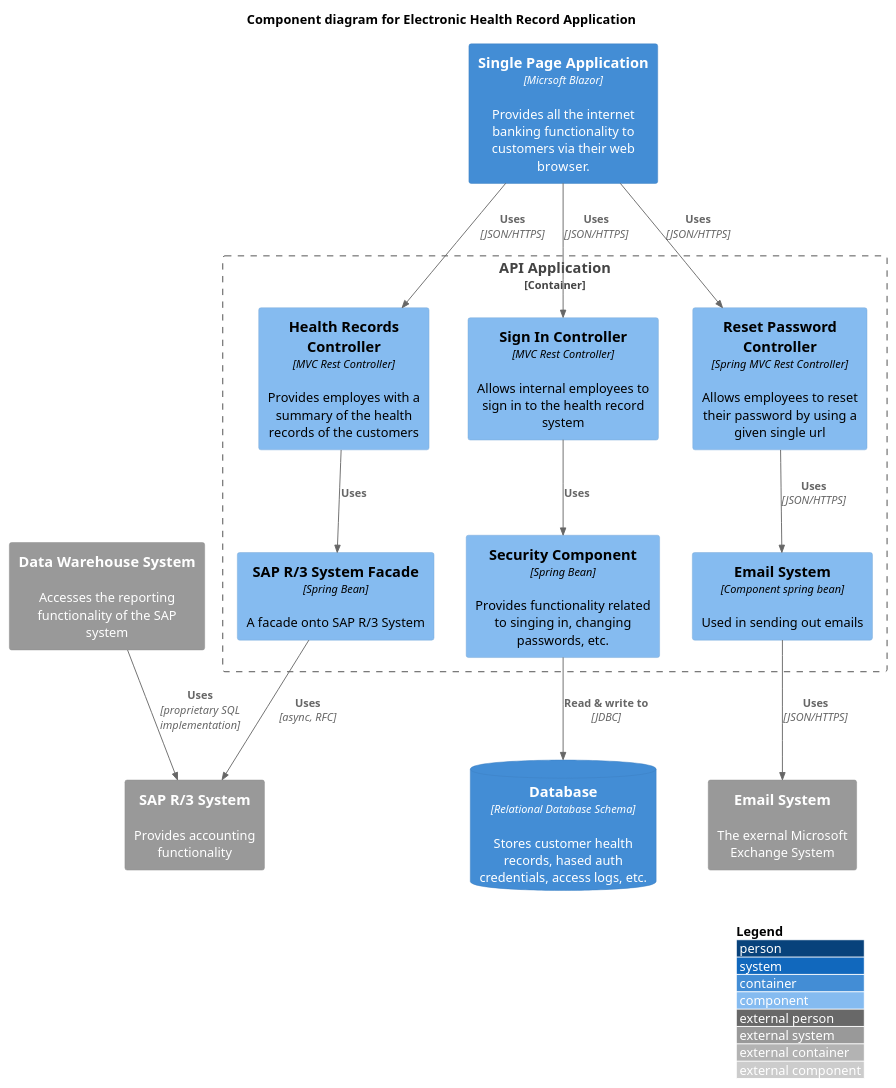
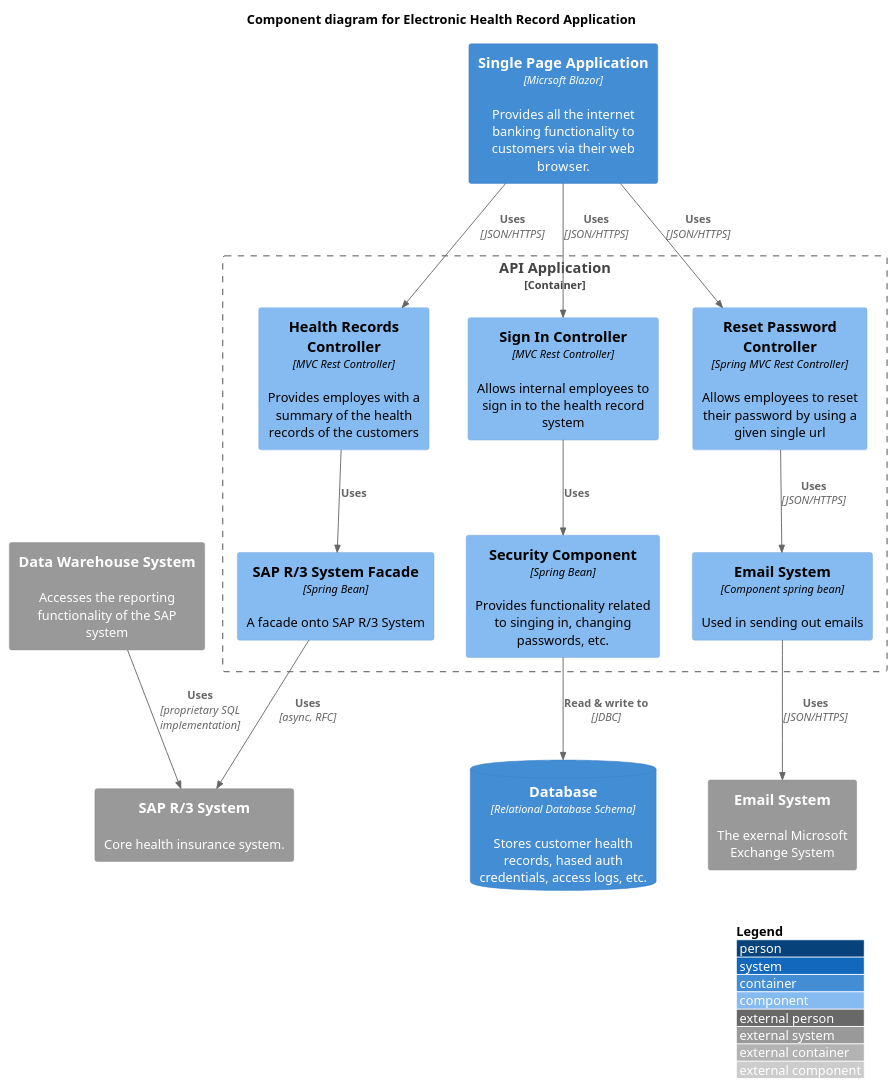
Before and after one commit to patricpoba/msem-sw.arch-c4-model-assignment: the diagram in level-3_component.puml, drawn with PlantUML. The commit also changed 3 other files, not shown here.

Commit message:
change desc of sap r/3 system

```diff
--- a/level-3_component.puml
+++ b/level-3_component.puml
@@ -1,43 +1,43 @@
 @startuml
 !include https://raw.githubusercontent.com/plantuml-stdlib/C4-PlantUML/master/C4_Component.puml
 ' uncomment the following line and comment the first to use locally
 ' !include C4_Component.puml
 
 LAYOUT_WITH_LEGEND()
 
 title Component diagram for Electronic Health Record Application
 
 Container(spa, "Single Page Application", "Micrsoft Blazor", "Provides all the internet banking functionality to customers via their web browser.")
 ContainerDb(db, "Database", "Relational Database Schema", "Stores customer health records, hased auth credentials, access logs, etc.")
-System_Ext(sap, "SAP R/3 System", "Provides accounting functionality")
+System_Ext(sap, "SAP R/3 System", "Core health insurance system.")
 
 Container_Boundary(api, "API Application") {
     Component(sign, "Sign In Controller", "MVC Rest Controller", "Allows internal employees to sign in to the health record system")
     Component(records, "Health Records Controller", "MVC Rest Controller", "Provides employes with a summary of the health records of the customers")
     Component(resetPassword, "Reset Password Controller", "Spring MVC Rest Controller", "Allows employees to reset their password by using a given single url")
     Component(security, "Security Component", "Spring Bean", "Provides functionality related to singing in, changing passwords, etc.")
     ' Component(sapfacade, "Mainframe health record Facade", "Spring Bean", "A facade onto the mainframe health record.")
     Component(sapfacade,  "SAP R/3 System Facade", "Spring Bean", "A facade onto SAP R/3 System")
     Component(emailSystem, "Email System", "Component spring bean", "Used in sending out emails")
 
     Rel(sign, security, "Uses")
     Rel(records, sapfacade, "Uses")
     Rel(security, db, "Read & write to", "JDBC")
     Rel(sapfacade, sap, "Uses", "async, RFC")
 }
 
 System_Ext(emailServer, "Email System", "The exernal Microsoft Exchange System")
 System_Ext(dataWHS, "Data Warehouse System", "Accesses the reporting functionality of the SAP system")
 
 
 
 Rel(spa, sign, "Uses", "JSON/HTTPS")
 Rel(spa, records, "Uses", "JSON/HTTPS")
 Rel(spa, resetPassword, "Uses", "JSON/HTTPS")
 
 Rel(resetPassword, emailSystem, "Uses", "JSON/HTTPS")
 Rel(emailSystem, emailServer, "Uses", "JSON/HTTPS")
 
 Rel(dataWHS, sap, "Uses", "proprietary SQL implementation")
 ' Rel(ma, records, "Uses", "JSON/HTTPS")
 @enduml
```
